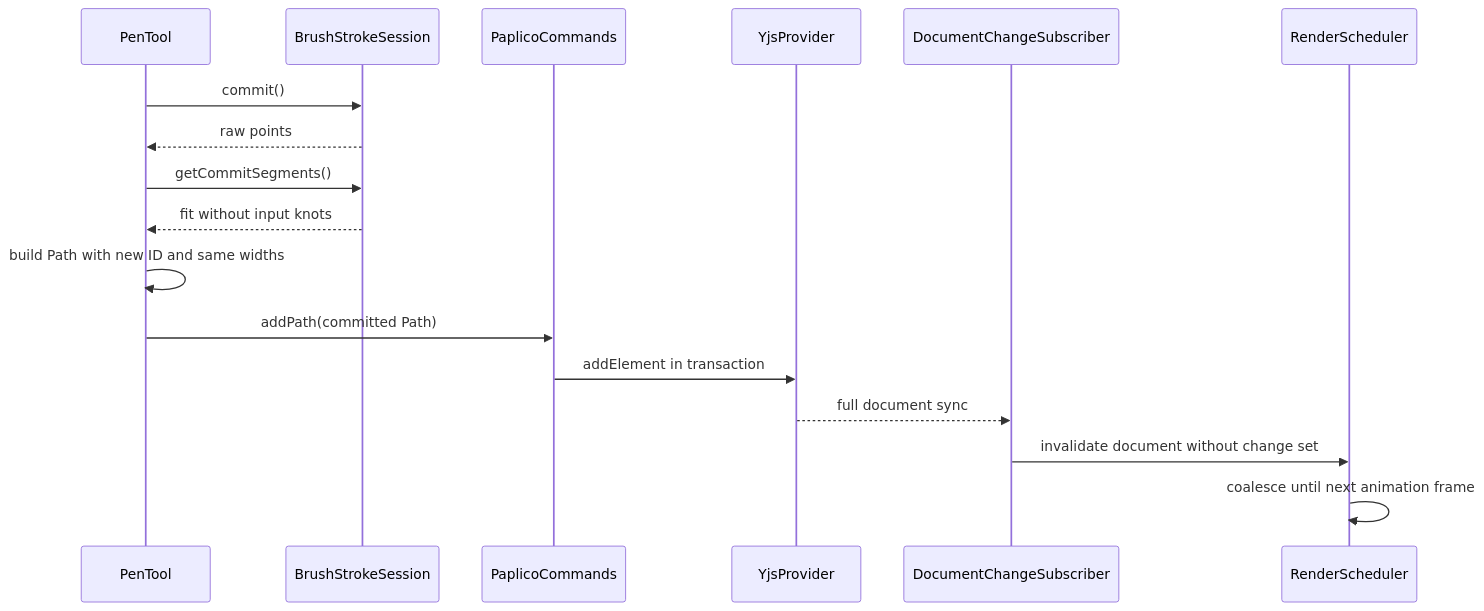
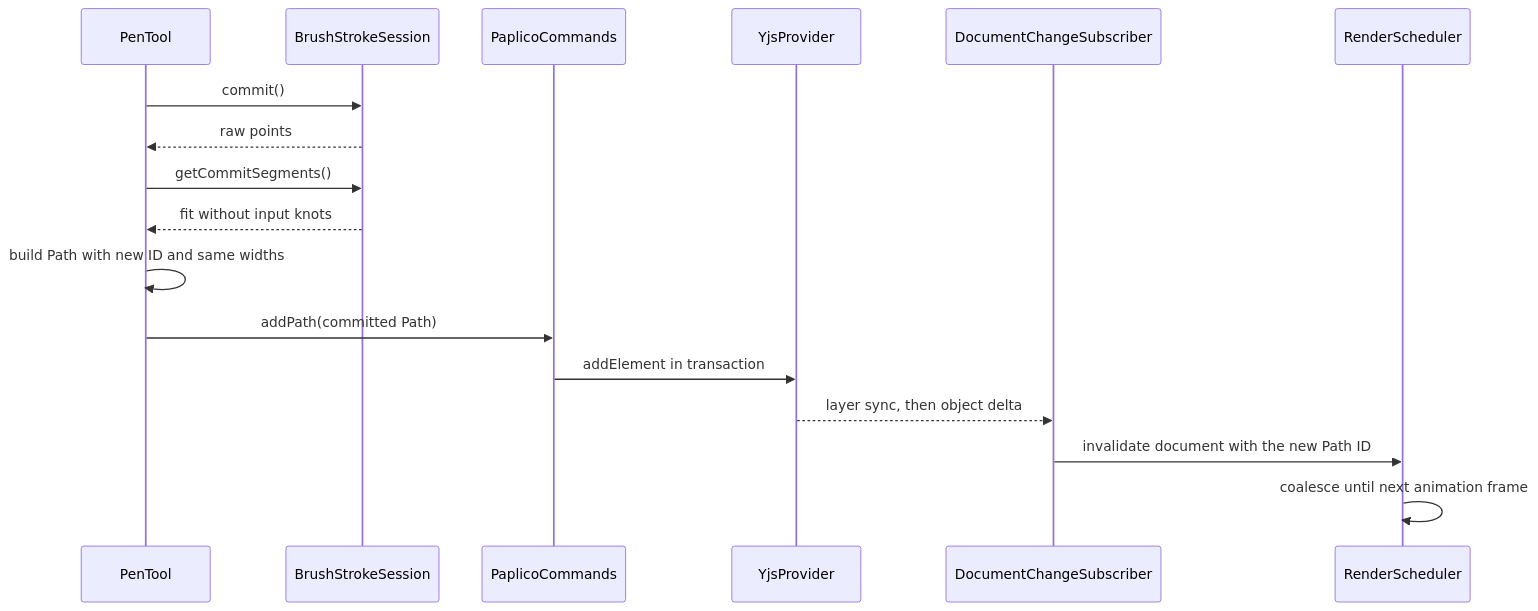
The second of 2 diagrams in pkgs/web/src/app/devdocs/brush-system/dynamics-and-commit/page.mdx (hanakla/paplico), drawn with Mermaid before and after one commit. The commit also changed other lines of this file and 16 other files, not shown here.

First line of the commit message:
perf(core): sync artboards without a full sync and store path segments as binary (#1142)

````diff
--- a/pkgs/web/src/app/devdocs/brush-system/dynamics-and-commit/page.mdx
+++ b/pkgs/web/src/app/devdocs/brush-system/dynamics-and-commit/page.mdx
@@ -241,20 +241,20 @@
 ```mermaid
 sequenceDiagram
     participant Tool as PenTool
     participant Session as BrushStrokeSession
     participant Commands as PaplicoCommands
     participant Yjs as YjsProvider
     participant Changes as DocumentChangeSubscriber
     participant Scheduler as RenderScheduler
 
     Tool->>Session: commit()
     Session-->>Tool: raw points
     Tool->>Session: getCommitSegments()
     Session-->>Tool: fit without input knots
     Tool->>Tool: build Path with new ID and same widths
     Tool->>Commands: addPath(committed Path)
     Commands->>Yjs: addElement in transaction
-    Yjs-->>Changes: full document sync
-    Changes->>Scheduler: invalidate document without change set
+    Yjs-->>Changes: layer sync, then object delta
+    Changes->>Scheduler: invalidate document with the new Path ID
     Scheduler->>Scheduler: coalesce until next animation frame
 ```
````
